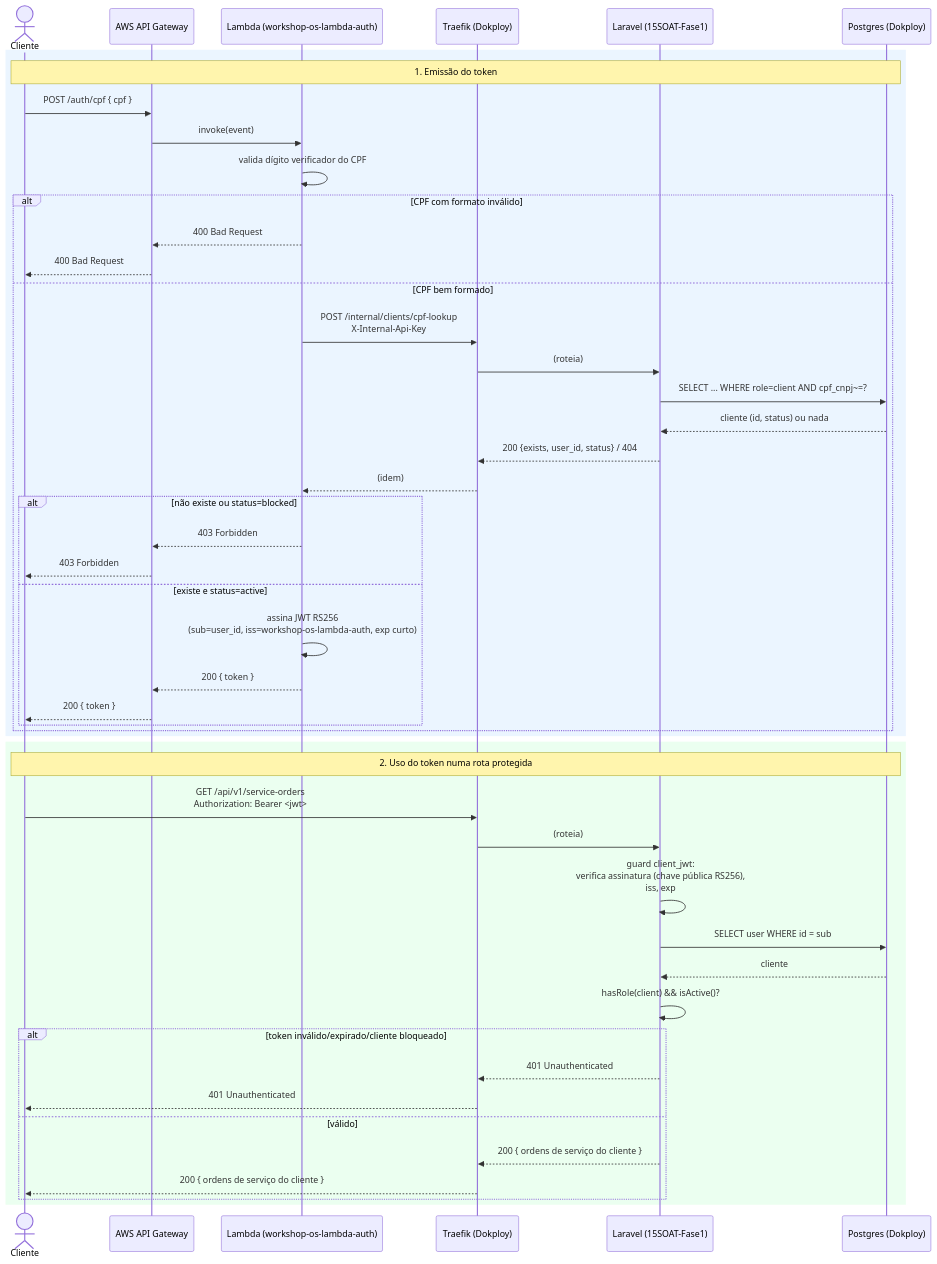
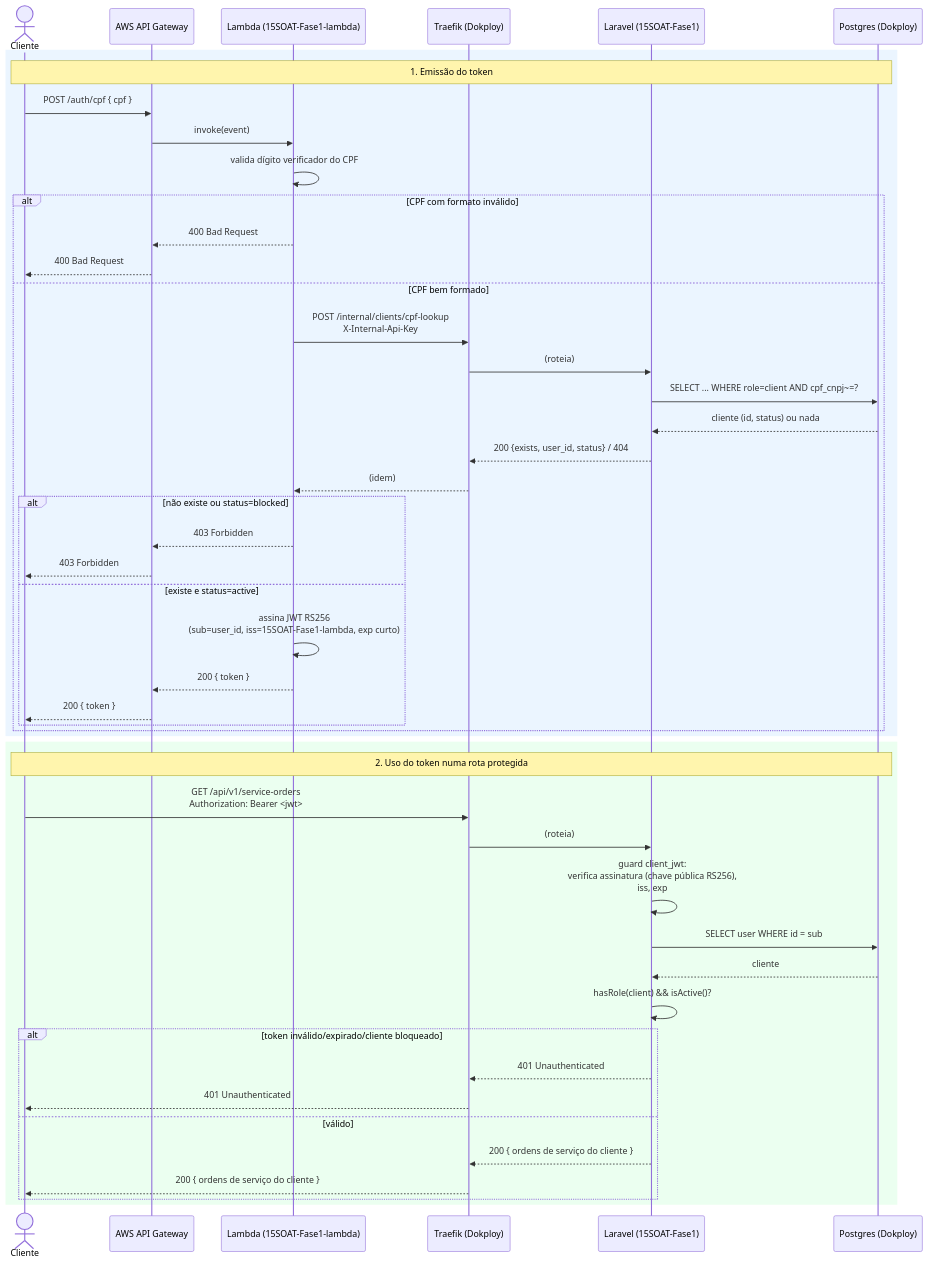
The diagram in docs/architecture/diagrams/sequence-auth.md (CandidoRPNeto/15SOAT-Fase1), drawn with Mermaid before and after one commit. The commit also changed 21 other files, not shown here.

First line of the commit message:
chore: rename workshop-os-* repos to 15SOAT-Fase1-* across docs and config

````diff
--- a/docs/architecture/diagrams/sequence-auth.md
+++ b/docs/architecture/diagrams/sequence-auth.md
@@ -9,52 +9,52 @@
 ```mermaid
 sequenceDiagram
     actor Cliente
     participant APIGW as AWS API Gateway
-    participant Lambda as Lambda (workshop-os-lambda-auth)
+    participant Lambda as Lambda (15SOAT-Fase1-lambda)
     participant Traefik as Traefik (Dokploy)
     participant App as Laravel (15SOAT-Fase1)
     participant DB as Postgres (Dokploy)
 
     rect rgb(235, 245, 255)
     note over Cliente,DB: 1. Emissão do token
     Cliente->>APIGW: POST /auth/cpf { cpf }
     APIGW->>Lambda: invoke(event)
     Lambda->>Lambda: valida dígito verificador do CPF
     alt CPF com formato inválido
         Lambda-->>APIGW: 400 Bad Request
         APIGW-->>Cliente: 400 Bad Request
     else CPF bem formado
         Lambda->>Traefik: POST /internal/clients/cpf-lookup<br/>X-Internal-Api-Key
         Traefik->>App: (roteia)
         App->>DB: SELECT ... WHERE role=client AND cpf_cnpj~=?
         DB-->>App: cliente (id, status) ou nada
         App-->>Traefik: 200 {exists, user_id, status} / 404
         Traefik-->>Lambda: (idem)
         alt não existe ou status=blocked
             Lambda-->>APIGW: 403 Forbidden
             APIGW-->>Cliente: 403 Forbidden
         else existe e status=active
-            Lambda->>Lambda: assina JWT RS256<br/>(sub=user_id, iss=workshop-os-lambda-auth, exp curto)
+            Lambda->>Lambda: assina JWT RS256<br/>(sub=user_id, iss=15SOAT-Fase1-lambda, exp curto)
             Lambda-->>APIGW: 200 { token }
             APIGW-->>Cliente: 200 { token }
         end
     end
     end
 
     rect rgb(235, 255, 240)
     note over Cliente,DB: 2. Uso do token numa rota protegida
     Cliente->>Traefik: GET /api/v1/service-orders<br/>Authorization: Bearer <jwt>
     Traefik->>App: (roteia)
     App->>App: guard client_jwt:<br/>verifica assinatura (chave pública RS256),<br/>iss, exp
     App->>DB: SELECT user WHERE id = sub
     DB-->>App: cliente
     App->>App: hasRole(client) && isActive()?
     alt token inválido/expirado/cliente bloqueado
         App-->>Traefik: 401 Unauthenticated
         Traefik-->>Cliente: 401 Unauthenticated
     else válido
         App-->>Traefik: 200 { ordens de serviço do cliente }
         Traefik-->>Cliente: 200 { ordens de serviço do cliente }
     end
     end
 ```
````
